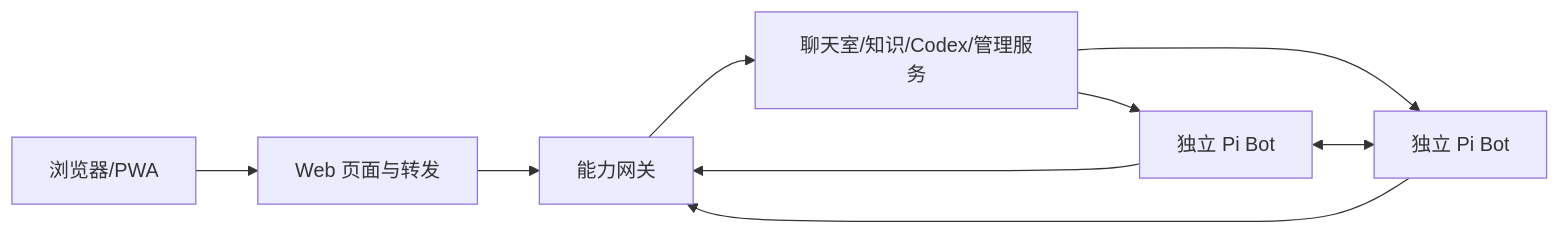
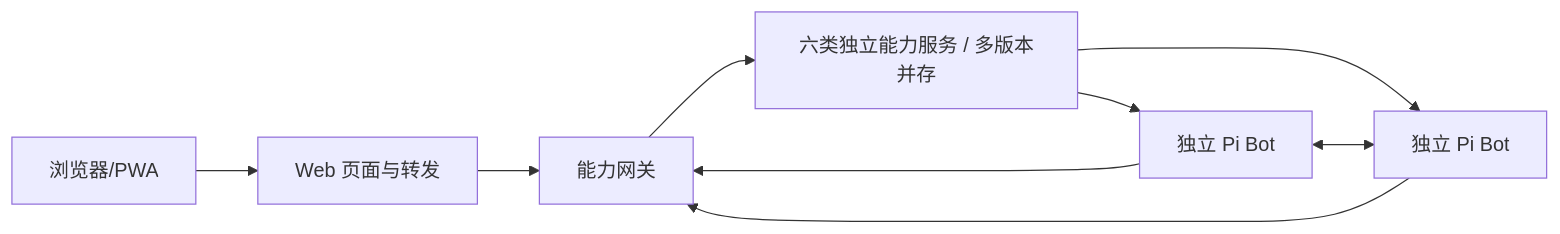
One commit to buyun00/Summon-Bot changed the diagram in docs/ARCHITECTURE.md. Above: the diagram before and after it, drawn with Mermaid. The commit also changed other lines of this file and 42 other files, not shown here.

````diff
--- a/docs/ARCHITECTURE.md
+++ b/docs/ARCHITECTURE.md
@@ -5,11 +5,11 @@
 ```mermaid
 flowchart LR
   U[浏览器/PWA] --> W[Web 页面与转发]
   W --> G[能力网关]
-  G --> C[聊天室/知识/Codex/管理服务]
+  G --> C[六类独立能力服务 / 多版本并存]
   C --> B1[独立 Pi Bot]
   C --> B2[独立 Pi Bot]
   B1 --> G
   B2 --> G
   B1 <--> B2
 ```
````
